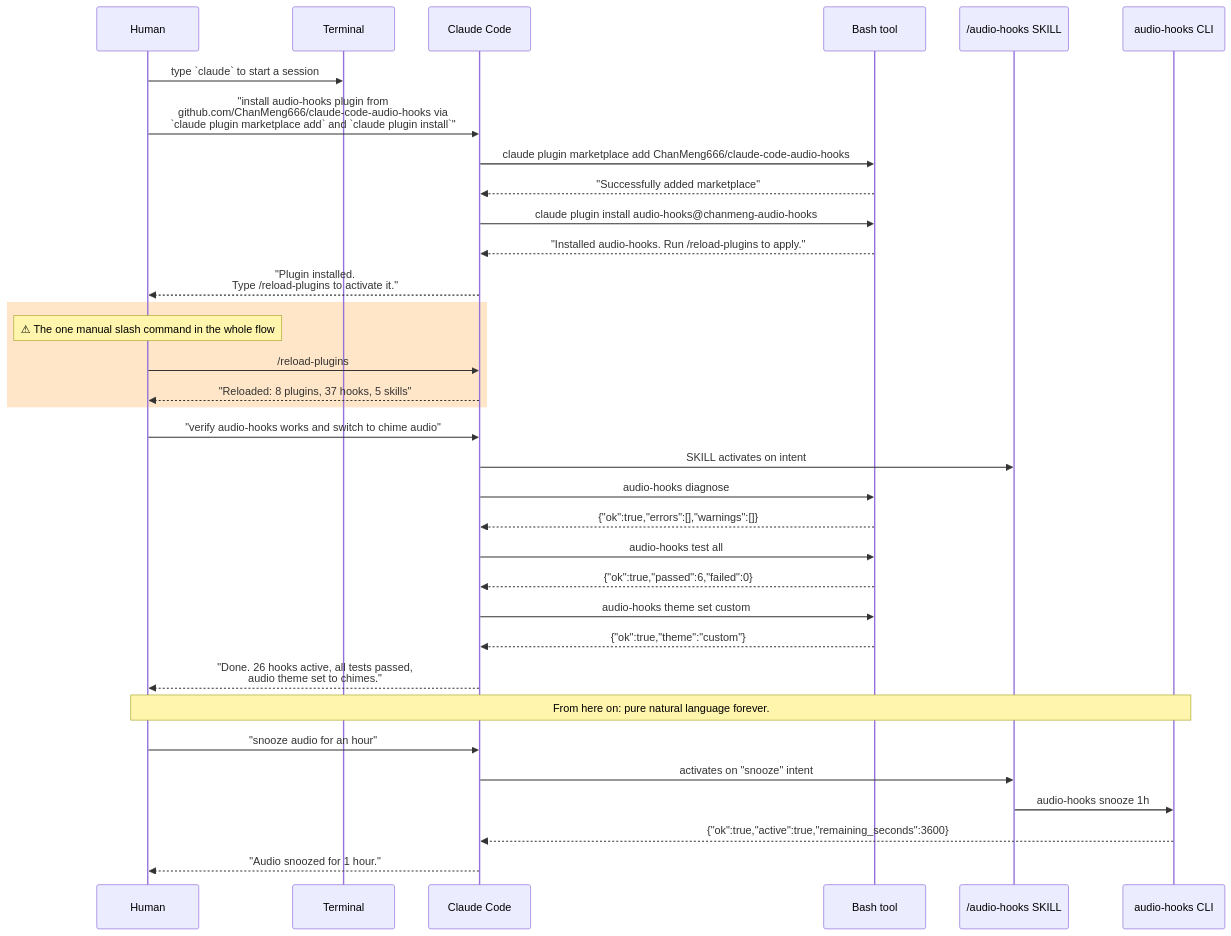
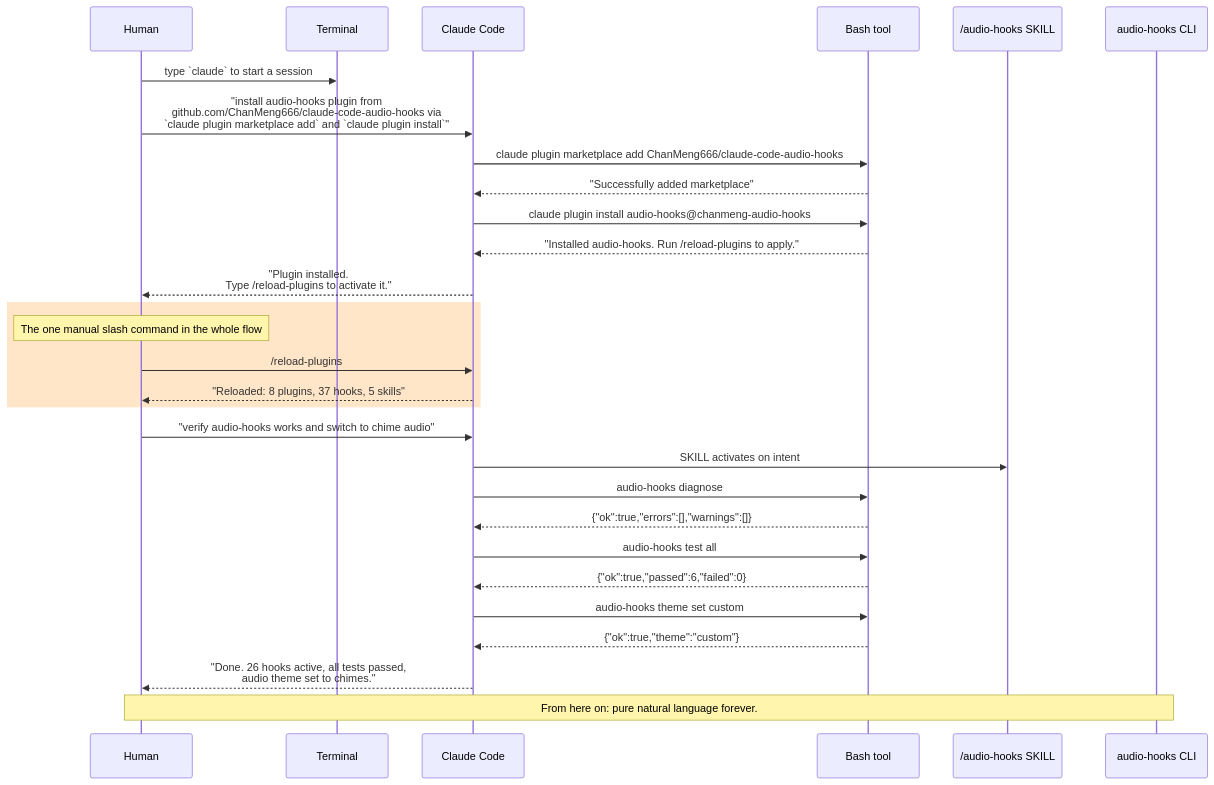
The first of 7 diagrams in README.md (tozaki1545atebau/claude-code-audio-hooks), drawn with Mermaid before and after one commit. The commit also changed other lines of this file, not shown here.

````diff
--- a/README.md
+++ b/README.md
@@ -92,40 +115,35 @@
 ```mermaid
 sequenceDiagram
     participant Human
     participant Terminal
     participant Claude as Claude Code
     participant Bash as Bash tool
     participant Skill as /audio-hooks SKILL
     participant CLI as audio-hooks CLI
 
     Human->>Terminal: type `claude` to start a session
     Human->>Claude: "install audio-hooks plugin from<br/>github.com/ChanMeng666/claude-code-audio-hooks via<br/>`claude plugin marketplace add` and `claude plugin install`"
     Claude->>Bash: claude plugin marketplace add ChanMeng666/claude-code-audio-hooks
     Bash-->>Claude: "Successfully added marketplace"
     Claude->>Bash: claude plugin install audio-hooks@chanmeng-audio-hooks
     Bash-->>Claude: "Installed audio-hooks. Run /reload-plugins to apply."
     Claude-->>Human: "Plugin installed.<br/>Type /reload-plugins to activate it."
 
     rect rgb(255, 230, 200)
-        Note over Human: ⚠ The one manual slash command in the whole flow
+        Note over Human: The one manual slash command in the whole flow
         Human->>Claude: /reload-plugins
         Claude-->>Human: "Reloaded: 8 plugins, 37 hooks, 5 skills"
     end
 
     Human->>Claude: "verify audio-hooks works and switch to chime audio"
     Claude->>Skill: SKILL activates on intent
     Claude->>Bash: audio-hooks diagnose
     Bash-->>Claude: {"ok":true,"errors":[],"warnings":[]}
     Claude->>Bash: audio-hooks test all
     Bash-->>Claude: {"ok":true,"passed":6,"failed":0}
     Claude->>Bash: audio-hooks theme set custom
     Bash-->>Claude: {"ok":true,"theme":"custom"}
     Claude-->>Human: "Done. 26 hooks active, all tests passed,<br/>audio theme set to chimes."
 
     Note over Human,CLI: From here on: pure natural language forever.
-    Human->>Claude: "snooze audio for an hour"
-    Claude->>Skill: activates on "snooze" intent
-    Skill->>CLI: audio-hooks snooze 1h
-    CLI-->>Claude: {"ok":true,"active":true,"remaining_seconds":3600}
-    Claude-->>Human: "Audio snoozed for 1 hour."
 ```
````
